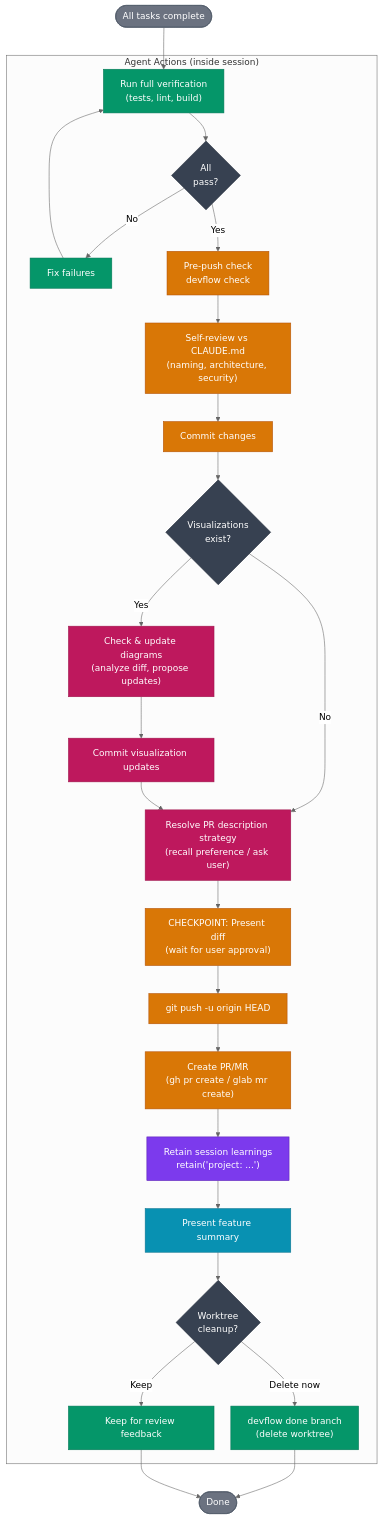
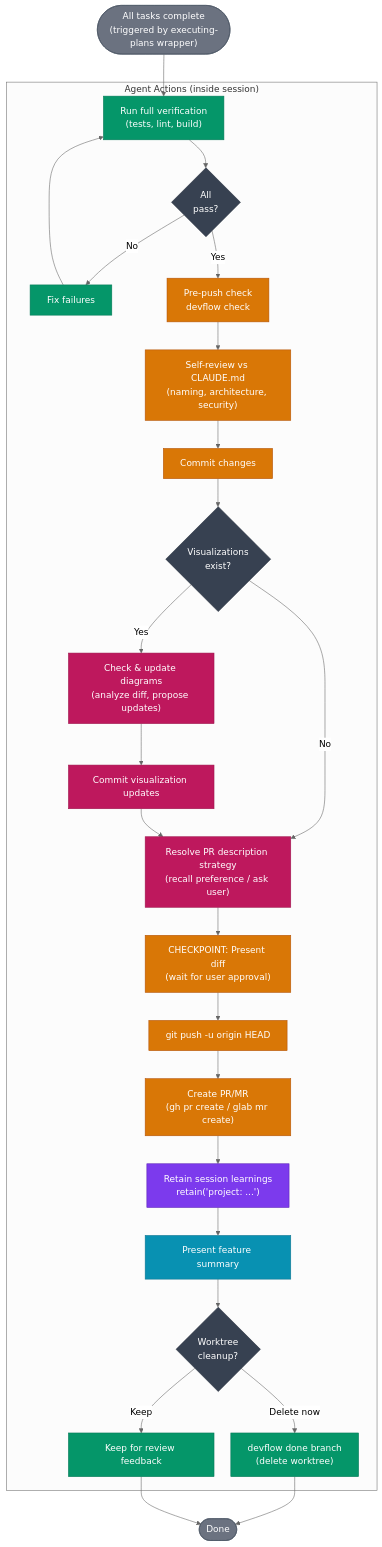
Before and after one commit to AndreJorgeLopes/devflow: the sixth of 6 diagrams in visualizations/workflows/development-workflow.md, drawn with Mermaid (neutral theme). The commit also changed other lines of this file and 30 other files, not shown here.

Commit message:
refactor(docs+tasks+viz): purge agent-deck/superpowers refs; align with /devflow:* wrapper convention (#35)

````diff
--- a/visualizations/workflows/development-workflow.md
+++ b/visualizations/workflows/development-workflow.md
@@ -226,69 +244,69 @@
 ```mermaid
 %%{init: {'flowchart': {'rankSpacing': 50, 'nodeSpacing': 30, 'diagramPadding': 15}}}%%
 graph TD
-    F_START(["All tasks complete"])
+    F_START(["All tasks complete<br/>(triggered by executing-plans wrapper)"])
 
     subgraph AgentActions [" Agent Actions (inside session) "]
         F_VERIFY["Run full verification<br/>(tests, lint, build)"]
         F_PASS{"All<br/>pass?"}
         F_FIX["Fix failures"]
         F_CN["Pre-push check<br/>devflow check"]
         F_SELF["Self-review vs CLAUDE.md<br/>(naming, architecture, security)"]
         F_COMMIT["Commit changes"]
         F_VIZ{"Visualizations<br/>exist?"}
         F_VIZ_UPDATE["Check & update diagrams<br/>(analyze diff, propose updates)"]
         F_VIZ_COMMIT["Commit visualization updates"]
         F_PRSTRAT["Resolve PR description strategy<br/>(recall preference / ask user)"]
         F_CHECKPOINT["CHECKPOINT: Present diff<br/>(wait for user approval)"]
         F_PUSH["git push -u origin HEAD"]
         F_GH["Create PR/MR<br/>(gh pr create / glab mr create)"]
         F_RETAIN["Retain session learnings<br/>retain('project: ...')"]
         F_SUMMARY["Present feature summary"]
         F_CLEANUP_Q{"Worktree<br/>cleanup?"}
         F_DELETE["devflow done branch<br/>(delete worktree)"]
         F_KEEP["Keep for review feedback"]
     end
 
     F_DONE(["Done"])
 
     F_START --> F_VERIFY
     F_VERIFY --> F_PASS
     F_PASS -->|"No"| F_FIX
     F_FIX --> F_VERIFY
     F_PASS -->|"Yes"| F_CN
     F_CN --> F_SELF
     F_SELF --> F_COMMIT
     F_COMMIT --> F_VIZ
     F_VIZ -->|"No"| F_PRSTRAT
     F_VIZ -->|"Yes"| F_VIZ_UPDATE
     F_VIZ_UPDATE --> F_VIZ_COMMIT
     F_VIZ_COMMIT --> F_PRSTRAT
     F_PRSTRAT --> F_CHECKPOINT
     F_CHECKPOINT --> F_PUSH
     F_PUSH --> F_GH
     F_GH --> F_RETAIN
     F_RETAIN --> F_SUMMARY
     F_SUMMARY --> F_CLEANUP_Q
     F_CLEANUP_Q -->|"Delete now"| F_DELETE
     F_CLEANUP_Q -->|"Keep"| F_KEEP
     F_DELETE --> F_DONE
     F_KEEP --> F_DONE
 
     classDef verifyStyle fill:#059669,color:#fff,stroke:#047857
     classDef reviewStyle fill:#d97706,color:#fff,stroke:#b45309
     classDef hindsightStyle fill:#7c3aed,color:#fff,stroke:#5b21b6
     classDef langfuseStyle fill:#0891b2,color:#fff,stroke:#0e7490
     classDef worktrunkStyle fill:#059669,color:#fff,stroke:#047857
     classDef decisionStyle fill:#374151,color:#fff,stroke:#1f2937
     classDef terminalStyle fill:#6b7280,color:#fff,stroke:#4b5563
     classDef skillsStyle fill:#be185d,color:#fff,stroke:#9d174d
 
-    class F_VERIFY,F_PASS,F_FIX verifyStyle
+    class F_VERIFY,F_FIX verifyStyle
     class F_CN,F_SELF,F_PUSH,F_GH,F_COMMIT,F_CHECKPOINT reviewStyle
     class F_RETAIN hindsightStyle
     class F_SUMMARY langfuseStyle
     class F_DELETE,F_KEEP worktrunkStyle
     class F_PASS,F_VIZ,F_CLEANUP_Q decisionStyle
     class F_START,F_DONE terminalStyle
     class F_VIZ_UPDATE,F_VIZ_COMMIT,F_PRSTRAT skillsStyle
 ```
````
